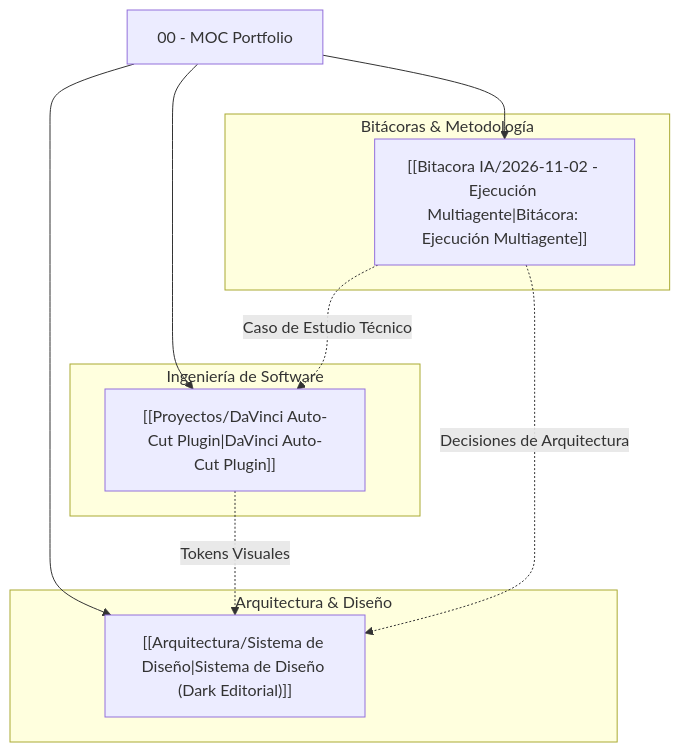
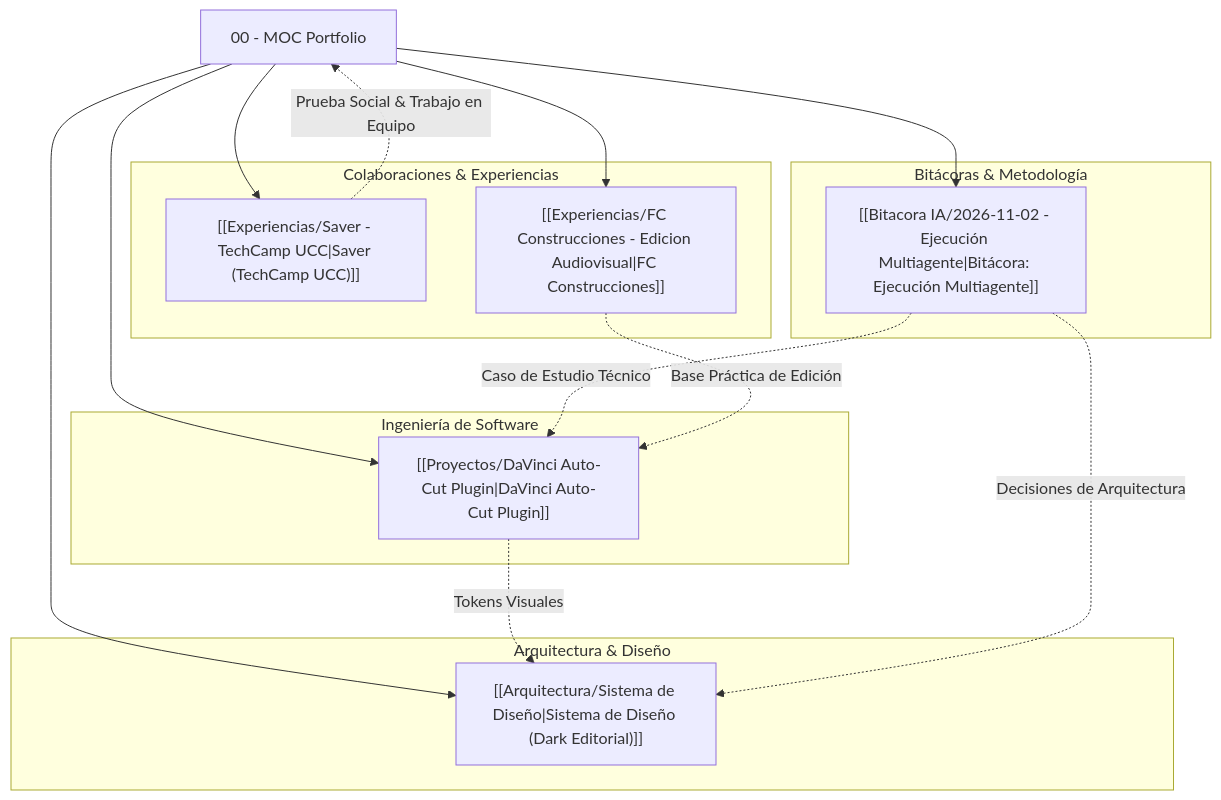
The diagram in docs/vault/00 - MOC Portfolio.md (Spukerrs/portfolio), drawn with Mermaid before and after one commit. The commit also changed other lines of this file and 6 other files, not shown here.

Commit message:
feat: add Collaborations section with Saver UCC and FC Construcciones, plus detailed Obsidian experience notes

````diff
--- a/docs/vault/00 - MOC Portfolio.md
+++ b/docs/vault/00 - MOC Portfolio.md
@@ -30,24 +30,33 @@
 ```mermaid
 graph TD
     MOC["00 - MOC Portfolio"]
     
     subgraph Arquitectura ["Arquitectura & Diseño"]
         DIS["[[Arquitectura/Sistema de Diseño|Sistema de Diseño (Dark Editorial)]]"]
     end
     
     subgraph Proyectos ["Ingeniería de Software"]
         DVC["[[Proyectos/DaVinci Auto-Cut Plugin|DaVinci Auto-Cut Plugin]]"]
     end
     
     subgraph Academico ["Bitácoras & Metodología"]
         BIT["[[Bitacora IA/2026-11-02 - Ejecución Multiagente|Bitácora: Ejecución Multiagente]]"]
     end
     
+    subgraph Experiencia ["Colaboraciones & Experiencias"]
+        SAV["[[Experiencias/Saver - TechCamp UCC|Saver (TechCamp UCC)]]"]
+        FCC["[[Experiencias/FC Construcciones - Edicion Audiovisual|FC Construcciones]]"]
+    end
+    
     MOC --> DIS
     MOC --> DVC
     MOC --> BIT
+    MOC --> SAV
+    MOC --> FCC
     
     DVC -.->|Tokens Visuales| DIS
     BIT -.->|Decisiones de Arquitectura| DIS
     BIT -.->|Caso de Estudio Técnico| DVC
+    SAV -.->|Prueba Social & Trabajo en Equipo| MOC
+    FCC -.->|Base Práctica de Edición| DVC
 ```
````
